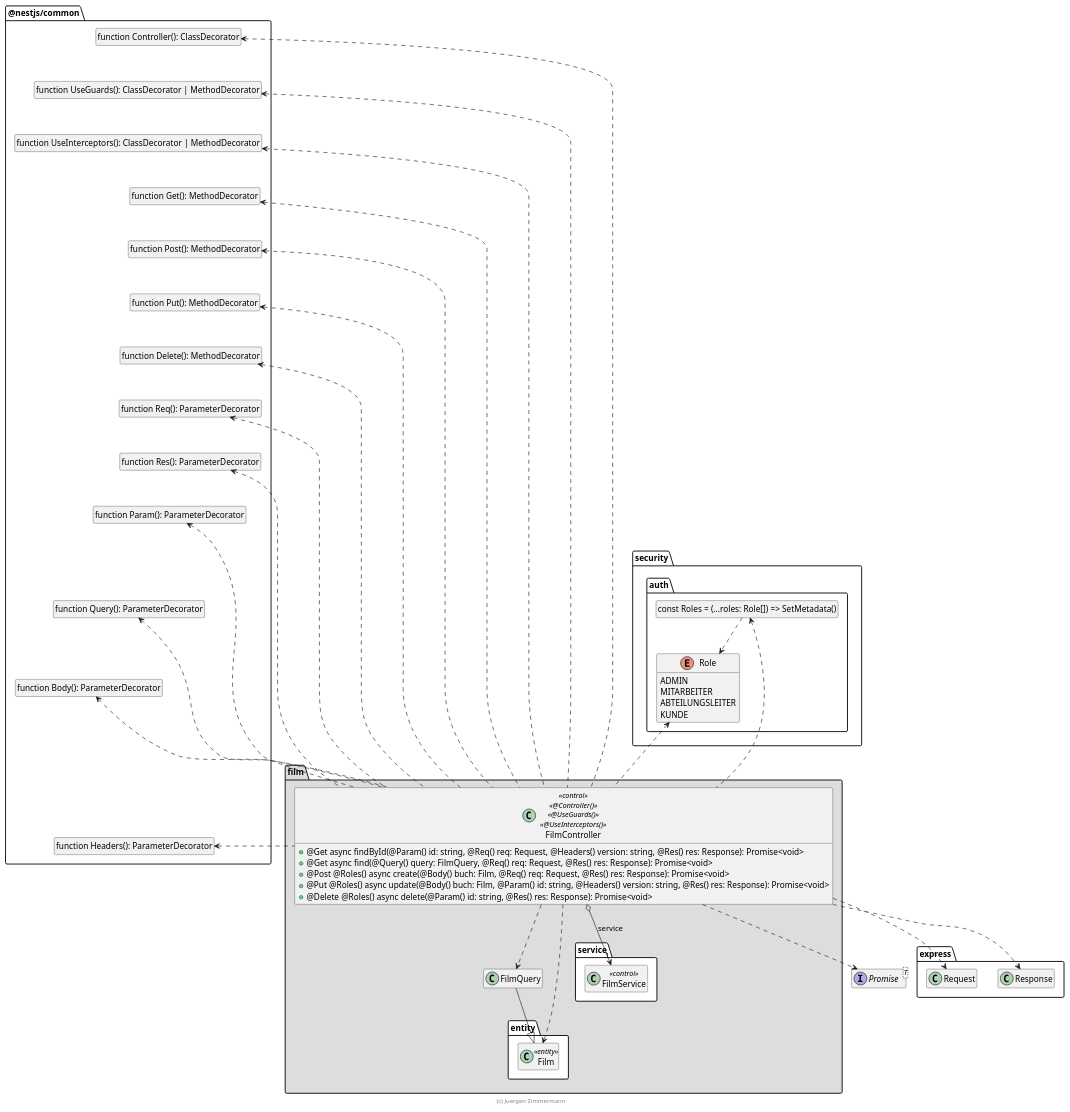
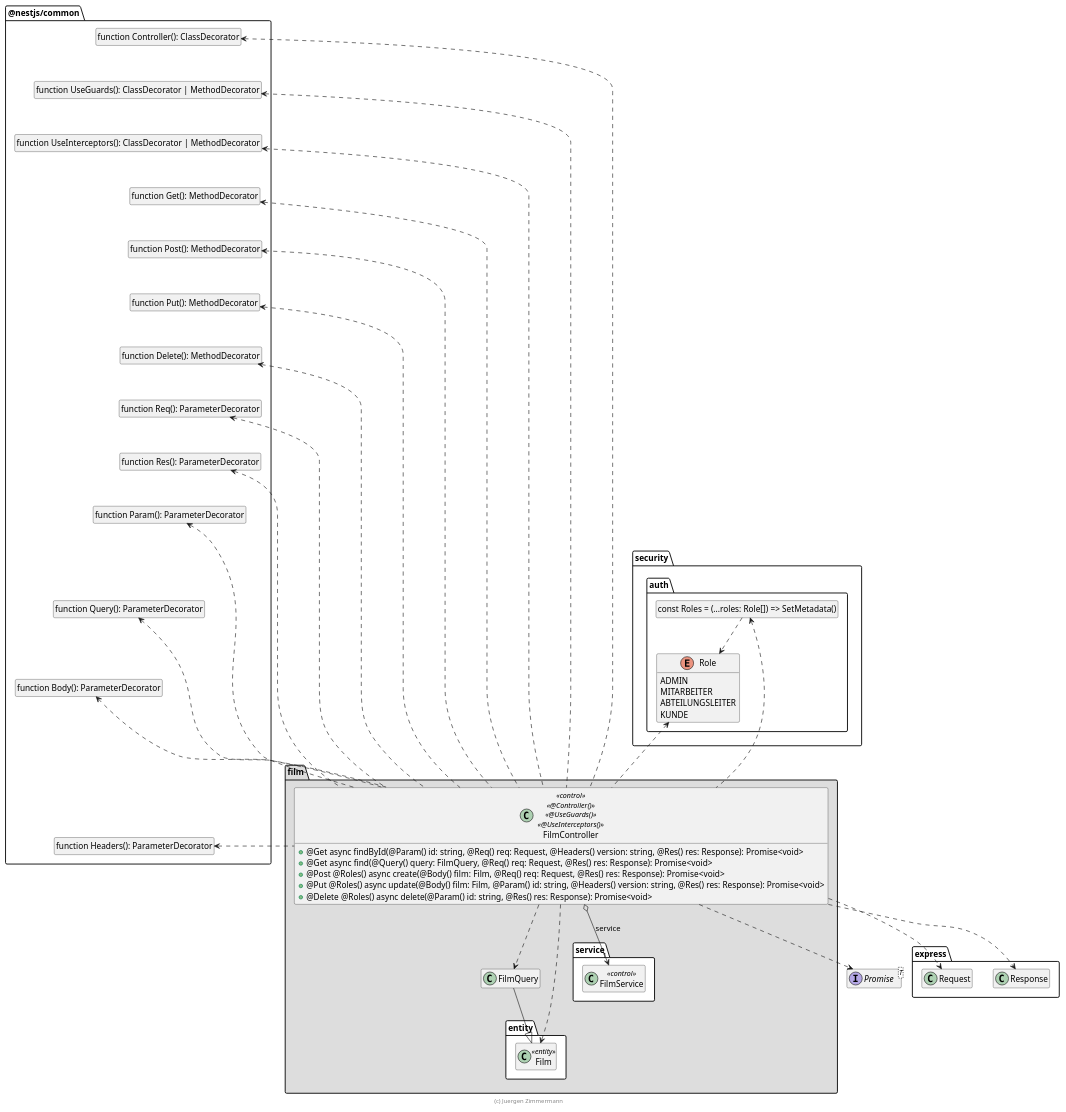
One commit to SWEGruppe8/Film changed the diagram in extras/doc/entwicklerhandbuch/FilmController.puml. Above: the diagram before and after it, drawn with PlantUML. The commit also changed 2 other files, not shown here.

```diff
--- a/extras/doc/entwicklerhandbuch/FilmController.puml
+++ b/extras/doc/entwicklerhandbuch/FilmController.puml
@@ -1,128 +1,128 @@
 @startuml Controller-Klasse
 
 interface Promise<T>
 
 package @nestjs/common {
   class "function Controller(): ClassDecorator" as Controller
   hide Controller circle
 
   class "function UseGuards(): ClassDecorator | MethodDecorator" as UseGuards
   hide UseGuards circle
 
   class "function UseInterceptors(): ClassDecorator | MethodDecorator" as UseInterceptors
   hide UseInterceptors circle
 
   class "function Get(): MethodDecorator" as Get
   hide Get circle
 
   class "function Post(): MethodDecorator" as Post
   hide Post circle
 
   class "function Put(): MethodDecorator" as Put
   hide Put circle
 
   class "function Delete(): MethodDecorator" as Delete
   hide Delete circle
 
   class "function Req(): ParameterDecorator" as Req
   hide Req circle
 
   class "function Res(): ParameterDecorator" as Res
   hide Res circle
 
   class "function Param(): ParameterDecorator" as Param
   hide Param circle
 
   class "function Query(): ParameterDecorator" as Query
   hide Query circle
 
   class "function Body(): ParameterDecorator" as Body
   hide Body circle
 
   class "function Headers(): ParameterDecorator" as Headers
   hide Headers circle
 
   Controller -[hidden]down-> UseGuards
   UseGuards -[hidden]down-> UseInterceptors
   UseInterceptors -[hidden]down-> Get
   Get -[hidden]down-> Post
   Post -[hidden]down-> Put
   Put -[hidden]down-> Delete
   Delete -[hidden]down-> Req
   Req -[hidden]down-> Res
   Res -[hidden]down-> Param
   Param -[hidden]down-> Query
   Query -[hidden]down-> Body
   Body -[hidden]down-> Headers
 }
 
 package express {
   class Request
   class Response
 }
 
 package security.auth {
   enum Role {
     ADMIN
     MITARBEITER
     ABTEILUNGSLEITER
     KUNDE
   }
 
   class "const Roles = (...roles: Role[]) => SetMetadata()" as Roles
   hide Roles circle
 
   Roles ..> Role
 }
 
 package film #DDDDDD {
   package entity #FFFFFF {
     class Film <<entity>>
   }
 
   package service #FFFFFF {
     class FilmService << control >>
   }
 
   FilmQuery --|> Film
 
   FilmController o-down-> "1" FilmService : service
   FilmController ..> Film
 
   FilmController .up.> Controller
   FilmController .up.> UseGuards
   FilmController .up.> UseInterceptors
   FilmController .up.> Get
   FilmController .up.> Post
   FilmController .up.> Put
   FilmController .up.> Delete
   FilmController .up.> Req
   FilmController .up.> Res
   FilmController .up.> Param
   FilmController .up.> Query
   FilmController .up.> Body
   FilmController .up.> Headers
 
   FilmController .up.> Roles
   FilmController .up.> Role
 
   FilmController ..> FilmQuery
 
   FilmController ..> Request
   FilmController ..> Response
   FilmController ..> Promise
 
   class FilmController << control >> << @Controller() >> << @UseGuards() >> << @UseInterceptors() >> {
     + @Get async findById(@Param() id: string, @Req() req: Request, @Headers() version: string, @Res() res: Response): Promise<void>
     + @Get async find(@Query() query: FilmQuery, @Req() req: Request,  @Res() res: Response): Promise<void>
-    + @Post @Roles() async create(@Body() buch: Film, @Req() req: Request,  @Res() res: Response): Promise<void>
-    + @Put @Roles() async update(@Body() buch: Film, @Param() id: string, @Headers() version: string, @Res() res: Response): Promise<void>
+    + @Post @Roles() async create(@Body() film: Film, @Req() req: Request,  @Res() res: Response): Promise<void>
+    + @Put @Roles() async update(@Body() film: Film, @Param() id: string, @Headers() version: string, @Res() res: Response): Promise<void>
     + @Delete @Roles() async delete(@Param() id: string, @Res() res: Response): Promise<void>
   }
 }
 
 hide empty members
 
 footer (c) Juergen Zimmermann
 
 @enduml
```
